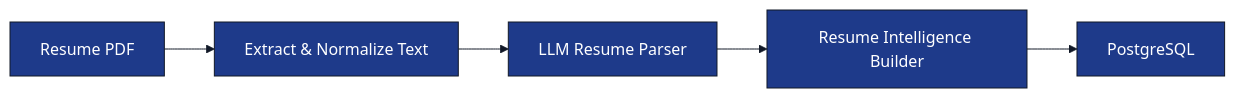
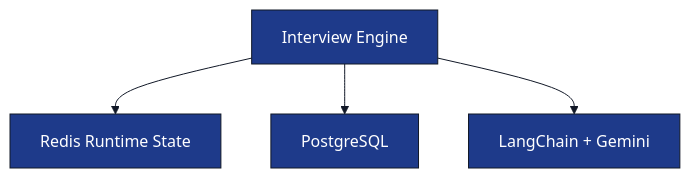
One commit to Veeru123456778/ai-interview-service changed the fourth of 4 diagrams in docs/tech-spec/02_architecture.md. Above: the diagram before and after it, drawn with Mermaid. The commit also changed other lines of this file, not shown here.

Commit message:
fixes the architecture of the agent

````diff
--- a/docs/tech-spec/02_architecture.md
+++ b/docs/tech-spec/02_architecture.md
@@ -203,34 +222,31 @@
 ```mermaid
 %%{init:{
   "theme":"base",
   "themeVariables":{
     "background":"#FFFFFF",
     "primaryColor":"#1E3A8A",
     "primaryTextColor":"#FFFFFF",
     "primaryBorderColor":"#111827",
     "secondaryColor":"#2563EB",
     "secondaryTextColor":"#FFFFFF",
     "tertiaryColor":"#DBEAFE",
     "lineColor":"#111827",
     "edgeLabelBackground":"#FFFFFF",
     "fontFamily":"Inter"
   }
 }}%%
 
-flowchart LR
+flowchart TD
 
-    PDF["Resume PDF"]
+    ENGINE["Interview Engine"]
 
-    EXTRACT["Extract & Normalize Text"]
+    REDIS["Redis Runtime State"]
 
-    PARSE["LLM Resume Parser"]
+    PG["PostgreSQL"]
 
-    BUILD["Resume Intelligence Builder"]
+    LLM["LangChain + Gemini"]
 
-    STORE["PostgreSQL"]
-
-    PDF --> EXTRACT
-    EXTRACT --> PARSE
-    PARSE --> BUILD
-    BUILD --> STORE
+    ENGINE --> REDIS
+    ENGINE --> PG
+    ENGINE --> LLM
 ```
````
